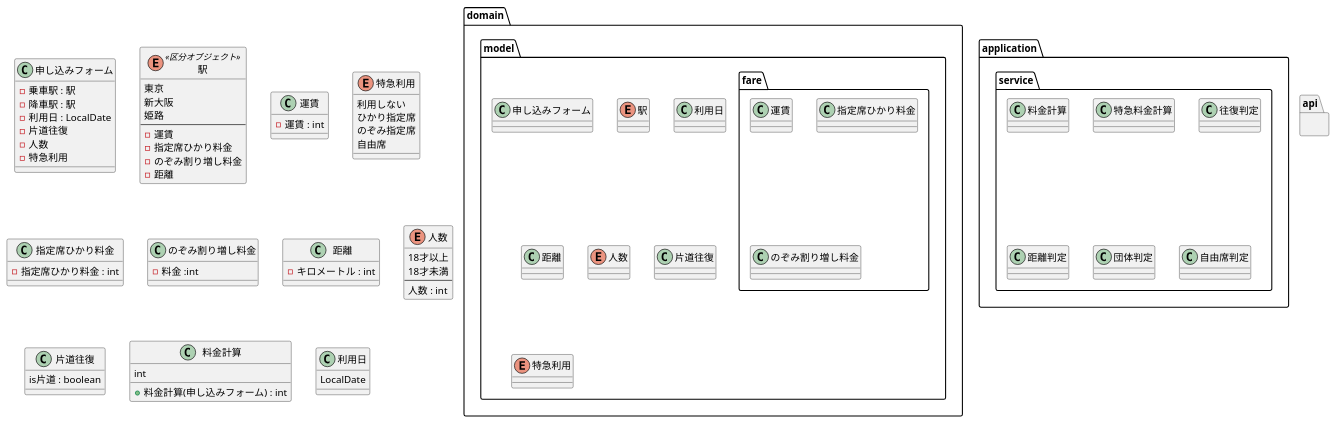
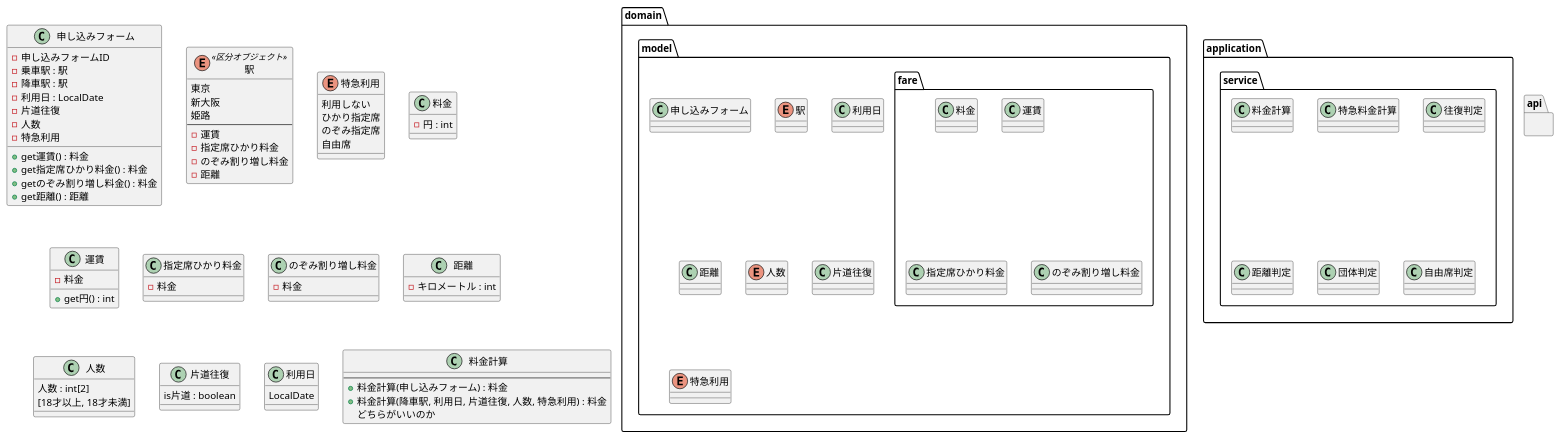
The diagram in uml/class.puml (MiuraKotaro/jr-pricing), drawn with PlantUML before and after one commit. The commit also changed 12 other files, not shown here.

```diff
--- a/uml/class.puml
+++ b/uml/class.puml
@@ -1,90 +1,103 @@
 @startuml
 
 package domain {
     package model {
 
         class 申し込みフォーム
         enum 駅
         package fare {
+            class 料金
             class 運賃
             class 指定席ひかり料金
             class のぞみ割り増し料金
         }
         class 利用日
         class 距離
         enum 人数
         class 片道往復
         enum 特急利用
     }
 
 }
 
 package application {
     package service {
         class 料金計算
         class 特急料金計算
 
         class 往復判定
         class 距離判定
         class 団体判定
         class 自由席判定
     }
 }
 
 package api {
 }
 
 class 申し込みフォーム {
+    - 申し込みフォームID
     - 乗車駅 : 駅
     - 降車駅 : 駅
     - 利用日 : LocalDate
     - 片道往復
     - 人数
     - 特急利用
+
+    + get運賃() : 料金
+    + get指定席ひかり料金() : 料金
+    + getのぞみ割り増し料金() : 料金
+    + get距離() : 距離
 }
 enum 駅 <<区分オブジェクト>> {
     東京
     新大阪
     姫路
     --
     - 運賃
     - 指定席ひかり料金
     - のぞみ割り増し料金
     - 距離
 }
-class 運賃 {
-    - 運賃 : int
-}
 enum 特急利用 {
     利用しない
     ひかり指定席
     のぞみ指定席
     自由席
 }
+class 料金 {
+    - 円 : int
+}
+class 運賃 {
+    - 料金
+
+    + get円() : int
+}
 class 指定席ひかり料金 {
-    - 指定席ひかり料金 : int
+    - 料金
 }
 class のぞみ割り増し料金 {
-    - 料金 :int
+    - 料金
 }
 class 距離 {
     - キロメートル : int
 }
-enum 人数 {
-    18才以上
-    18才未満
-    --
-    人数 : int
+class 人数 {
+    人数 : int[2]
+    [18才以上, 18才未満]
 }
 class 片道往復 {
     is片道 : boolean
-}
-class 料金計算 {
-    int
-    + 料金計算(申し込みフォーム) : int
 }
 class 利用日 {
     LocalDate
 }
 
+class 料金計算 {
+    --
+    + 料金計算(申し込みフォーム) : 料金
+    + 料金計算(降車駅, 利用日, 片道往復, 人数, 特急利用) : 料金
+    どちらがいいのか
+}
+
 @enduml
```
